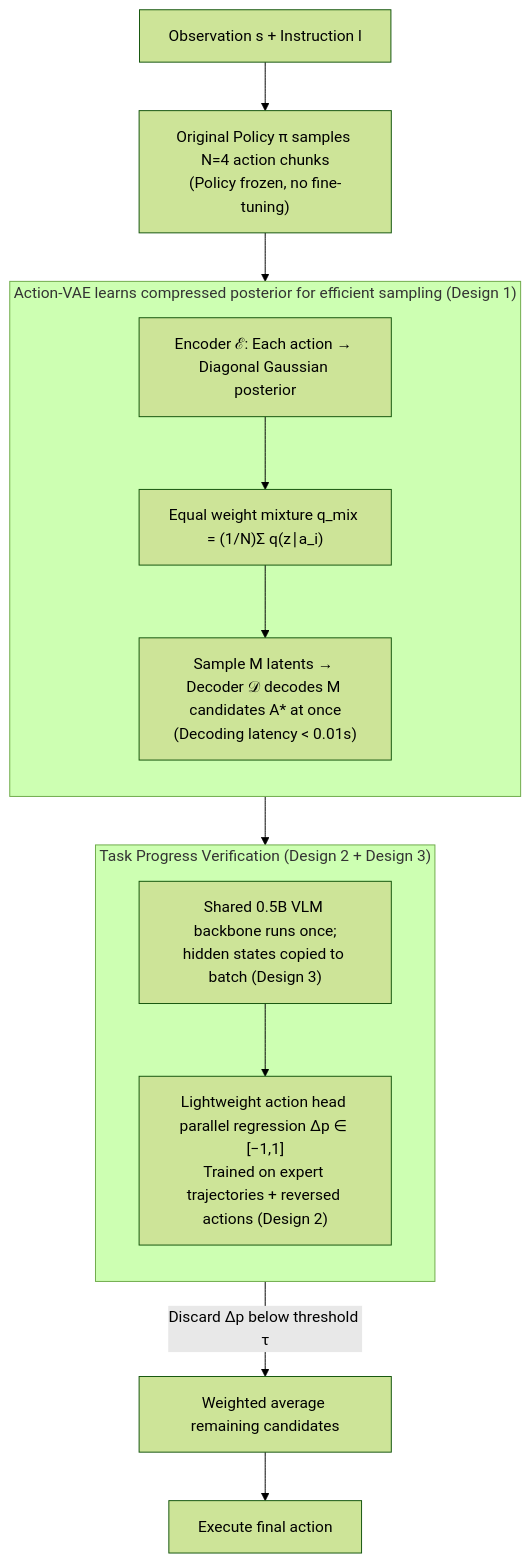
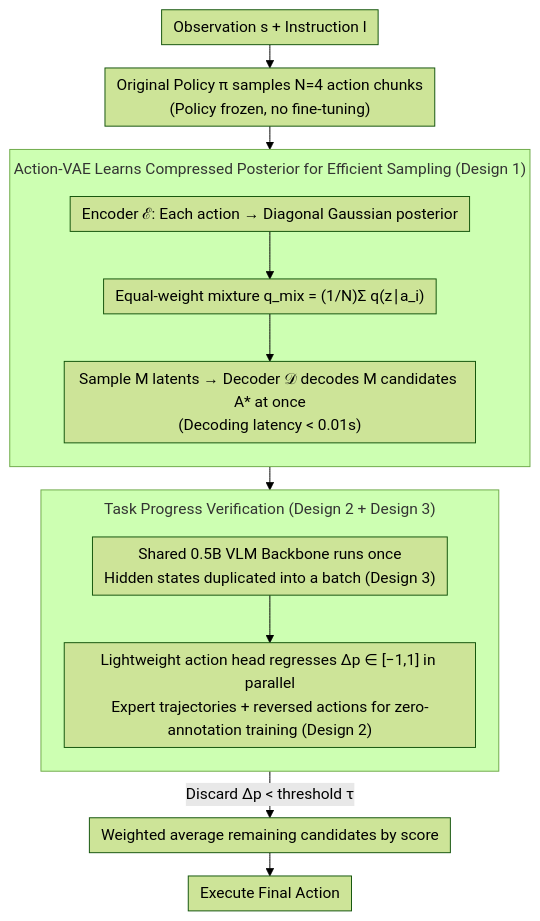
The diagram in docs/ICML2026/robotics/tapsampling_inference-time_sampling_with_a_task-progress-understanding_verifier_.md (zhaoyang97/Paper-Notes-en), drawn with Mermaid (forest theme) before and after one commit. The commit also changed other lines of this file and 5084 other files, not shown here.

````diff
--- a/docs/ICML2026/robotics/tapsampling_inference-time_sampling_with_a_task-progress-understanding_verifier_.md
+++ b/docs/ICML2026/robotics/tapsampling_inference-time_sampling_with_a_task-progress-understanding_verifier_.md
@@ -48,17 +48,18 @@
 ```mermaid
-graph TD
+%%{init: {'flowchart': {'rankSpacing': 24, 'nodeSpacing': 28, 'padding': 6, 'wrappingWidth': 400, 'subGraphTitleMargin': {'top': 8, 'bottom': 16}}}}%%
+flowchart TD
     IN["Observation s + Instruction l"] --> POL["Original Policy π samples N=4 action chunks<br/>(Policy frozen, no fine-tuning)"]
-    subgraph VAE["Action-VAE learns compressed posterior for efficient sampling (Design 1)"]
+    subgraph VAE["Action-VAE Learns Compressed Posterior for Efficient Sampling (Design 1)"]
         direction TB
-        ENC["Encoder ℰ: Each action → Diagonal Gaussian posterior"] --> MIX["Equal weight mixture q_mix = (1/N)Σ q(z∣a_i)"]
+        ENC["Encoder ℰ: Each action → Diagonal Gaussian posterior"] --> MIX["Equal-weight mixture q_mix = (1/N)Σ q(z∣a_i)"]
         MIX --> DEC["Sample M latents → Decoder 𝒟 decodes M candidates A* at once<br/>(Decoding latency < 0.01s)"]
     end
     POL --> ENC
     subgraph VER["Task Progress Verification (Design 2 + Design 3)"]
         direction TB
-        BB["Shared 0.5B VLM backbone runs once;<br/>hidden states copied to batch (Design 3)"] --> HEAD["Lightweight action head parallel regression Δp ∈ [−1,1]<br/>Trained on expert trajectories + reversed actions (Design 2)"]
+        BB["Shared 0.5B VLM Backbone runs once<br/>Hidden states duplicated into a batch (Design 3)"] --> HEAD["Lightweight action head regresses Δp ∈ [−1,1] in parallel<br/>Expert trajectories + reversed actions for zero-annotation training (Design 2)"]
     end
     DEC --> BB
-    HEAD -->|"Discard Δp below threshold τ"| FUSE["Weighted average remaining candidates"]
-    FUSE --> OUT["Execute final action"]
+    HEAD -->|"Discard Δp < threshold τ"| FUSE["Weighted average remaining candidates by score"]
+    FUSE --> OUT["Execute Final Action"]
 ```
````
